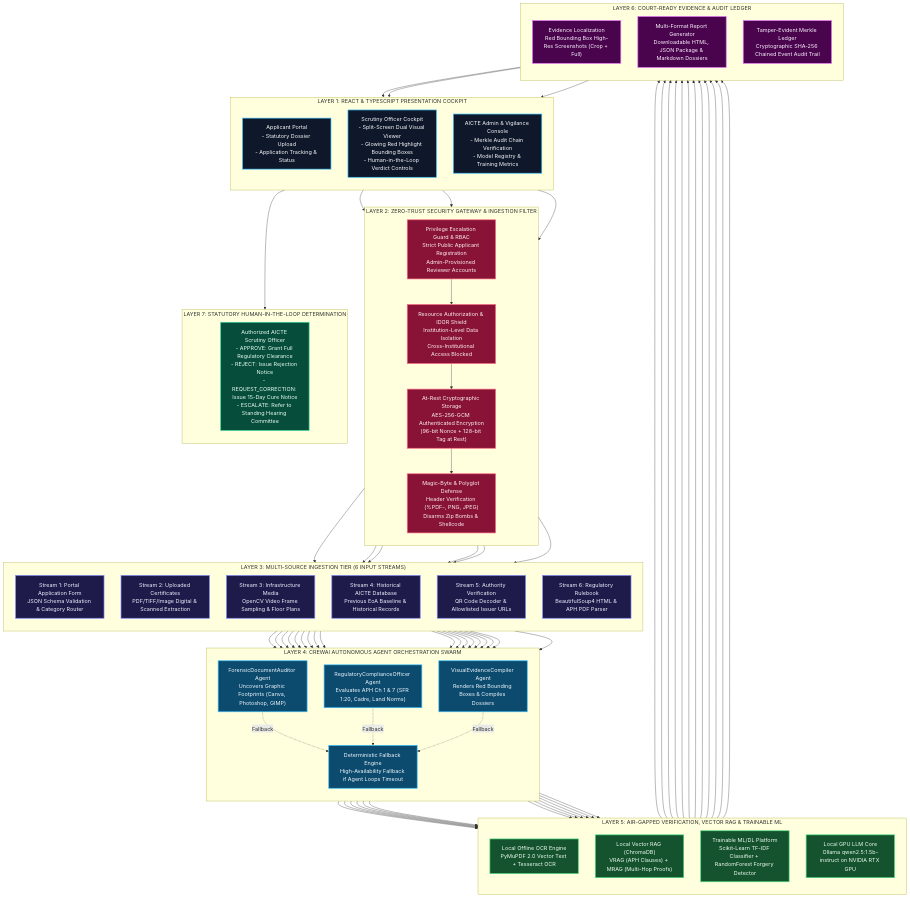
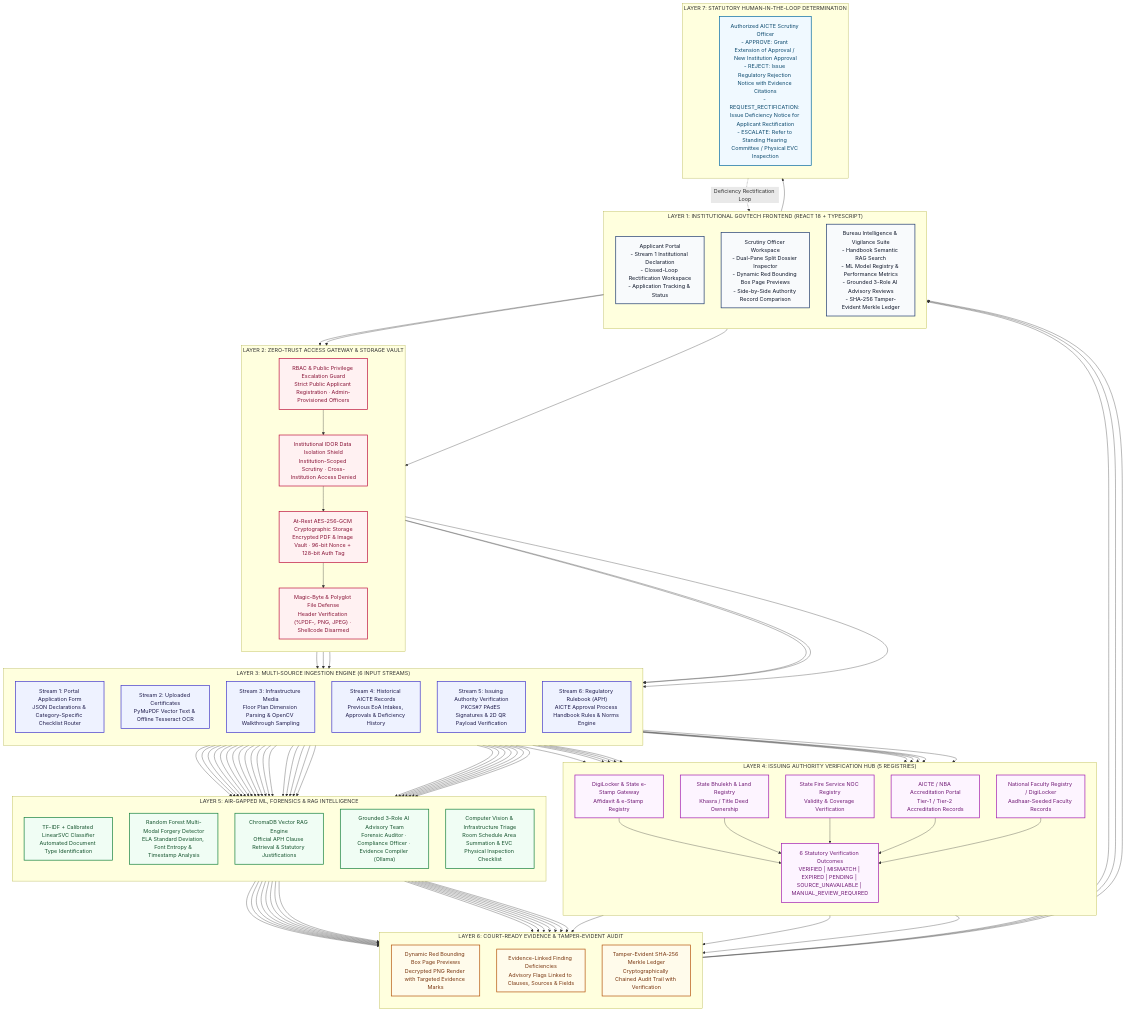
Before and after one commit to ELANGKATHIR11/TRACE-AIML: the diagram in README.md, drawn with Mermaid. The commit also changed other lines of this file and 47 other files, not shown here.

Commit message:
feat: 100% SIH26261 alignment - human-crafted GovTech frontend, issuing authority hub, golden dossiers, and updated system architecture

````diff
--- a/README.md
+++ b/README.md
@@ -36,82 +42,85 @@
 ```mermaid
 graph TB
     %% STYLING DIRECTIVES
-    classDef clientLayer fill:#0F172A,stroke:#38BDF8,stroke-width:2px,color:#F8FAFC;
-    classDef securityLayer fill:#881337,stroke:#FB7185,stroke-width:2px,color:#FFF1F2;
-    classDef streamLayer fill:#1E1B4B,stroke:#818CF8,stroke-width:2px,color:#EEF2FF;
-    classDef agentLayer fill:#0C4A6E,stroke:#38BDF8,stroke-width:2px,color:#F0F9FF;
-    classDef coreEngine fill:#14532D,stroke:#4ADE80,stroke-width:2px,color:#F0FDF4;
-    classDef evidenceLayer fill:#4A044E,stroke:#E879F9,stroke-width:2px,color:#FDF4FF;
-    classDef decisionLayer fill:#064E3B,stroke:#34D399,stroke-width:2px,color:#ECFDF5;
+    classDef clientLayer fill:#F8FAFC,stroke:#1F3A6E,stroke-width:2px,color:#0F172A;
+    classDef securityLayer fill:#FFF1F2,stroke:#BE123C,stroke-width:2px,color:#881337;
+    classDef streamLayer fill:#EEF2FF,stroke:#4338CA,stroke-width:2px,color:#1E1B4B;
+    classDef authorityLayer fill:#FDF4FF,stroke:#A21CAF,stroke-width:2px,color:#701A75;
+    classDef aiMlLayer fill:#F0FDF4,stroke:#15803D,stroke-width:2px,color:#14532D;
+    classDef ledgerLayer fill:#FFFBEB,stroke:#B45309,stroke-width:2px,color:#78350F;
+    classDef decisionLayer fill:#F0F9FF,stroke:#0369A1,stroke-width:2px,color:#0C4A6E;
 
     %% LAYER 1: CLIENT PRESENTATION TIER
-    subgraph L1 ["LAYER 1: REACT & TYPESCRIPT PRESENTATION COCKPIT"]
+    subgraph L1 ["LAYER 1: INSTITUTIONAL GOVTECH FRONTEND (REACT 18 + TYPESCRIPT)"]
         direction TB
-        C1["Applicant Portal<br/>- Statutory Dossier Upload<br/>- Application Tracking & Status"]:::clientLayer
-        C2["Scrutiny Officer Cockpit<br/>- Split-Screen Dual Visual Viewer<br/>- Glowing Red Highlight Bounding Boxes<br/>- Human-in-the-Loop Verdict Controls"]:::clientLayer
-        C3["AICTE Admin & Vigilance Console<br/>- Merkle Audit Chain Verification<br/>- Model Registry & Training Metrics"]:::clientLayer
+        C1["Applicant Portal<br/>- Stream 1 Institutional Declaration<br/>- Closed-Loop Rectification Workspace<br/>- Application Tracking & Status"]:::clientLayer
+        C2["Scrutiny Officer Workspace<br/>- Dual-Pane Split Dossier Inspector<br/>- Dynamic Red Bounding Box Page Previews<br/>- Side-by-Side Authority Record Comparison"]:::clientLayer
+        C3["Bureau Intelligence & Vigilance Suite<br/>- Handbook Semantic RAG Search<br/>- ML Model Registry & Performance Metrics<br/>- Grounded 3-Role AI Advisory Reviews<br/>- SHA-256 Tamper-Evident Merkle Ledger"]:::clientLayer
     end
 
     %% LAYER 2: SECURITY & ZERO-TRUST GATEWAY
-    subgraph L2 ["LAYER 2: ZERO-TRUST SECURITY GATEWAY & INGESTION FILTER"]
+    subgraph L2 ["LAYER 2: ZERO-TRUST ACCESS GATEWAY & STORAGE VAULT"]
         direction TB
-        S1["Privilege Escalation Guard & RBAC<br/>Strict Public Applicant Registration<br/>Admin-Provisioned Reviewer Accounts"]:::securityLayer
-        S2["Resource Authorization & IDOR Shield<br/>Institution-Level Data Isolation<br/>Cross-Institutional Access Blocked"]:::securityLayer
-        S3["At-Rest Cryptographic Storage<br/>AES-256-GCM Authenticated Encryption<br/>(96-bit Nonce + 128-bit Tag at Rest)"]:::securityLayer
-        S4["Magic-Byte & Polyglot Defense<br/>Header Verification (%PDF-, PNG, JPEG)<br/>Disarms Zip Bombs & Shellcode"]:::securityLayer
+        S1["RBAC & Public Privilege Escalation Guard<br/>Strict Public Applicant Registration · Admin-Provisioned Officers"]:::securityLayer
+        S2["Institutional IDOR Data Isolation Shield<br/>Institution-Scoped Scrutiny · Cross-Institution Access Denied"]:::securityLayer
+        S3["At-Rest AES-256-GCM Cryptographic Storage<br/>Encrypted PDF & Image Vault · 96-bit Nonce + 128-bit Auth Tag"]:::securityLayer
+        S4["Magic-Byte & Polyglot File Defense<br/>Header Verification (%PDF-, PNG, JPEG) · Shellcode Disarmed"]:::securityLayer
     end
 
-    %% LAYER 3: SIX INPUT STREAMS INGESTION
-    subgraph L3 ["LAYER 3: MULTI-SOURCE INGESTION TIER (6 INPUT STREAMS)"]
+    %% LAYER 3: MULTI-SOURCE INGESTION TIER
+    subgraph L3 ["LAYER 3: MULTI-SOURCE INGESTION ENGINE (6 INPUT STREAMS)"]
         direction TB
-        ST1["Stream 1: Portal Application Form<br/>JSON Schema Validation & Category Router"]:::streamLayer
-        ST2["Stream 2: Uploaded Certificates<br/>PDF/TIFF/Image Digital & Scanned Extraction"]:::streamLayer
-        ST3["Stream 3: Infrastructure Media<br/>OpenCV Video Frame Sampling & Floor Plans"]:::streamLayer
-        ST4["Stream 4: Historical AICTE Database<br/>Previous EoA Baseline & Historical Records"]:::streamLayer
-        ST5["Stream 5: Authority Verification<br/>QR Code Decoder & Allowlisted Issuer URLs"]:::streamLayer
-        ST6["Stream 6: Regulatory Rulebook<br/>BeautifulSoup4 HTML & APH PDF Parser"]:::streamLayer
+        ST1["Stream 1: Portal Application Form<br/>JSON Declarations & Category-Specific Checklist Router"]:::streamLayer
+        ST2["Stream 2: Uploaded Certificates<br/>PyMuPDF Vector Text & Offline Tesseract OCR"]:::streamLayer
+        ST3["Stream 3: Infrastructure Media<br/>Floor Plan Dimension Parsing & OpenCV Walkthrough Sampling"]:::streamLayer
+        ST4["Stream 4: Historical AICTE Records<br/>Previous EoA Intakes, Approvals & Deficiency History"]:::streamLayer
+        ST5["Stream 5: Issuing Authority Verification<br/>PKCS#7 PAdES Signatures & 2D QR Payload Verification"]:::streamLayer
+        ST6["Stream 6: Regulatory Rulebook (APH)<br/>AICTE Approval Process Handbook Rules & Norms Engine"]:::streamLayer
     end
 
-    %% LAYER 4: AUTONOMOUS CREWAI MULTI-AGENT SWARM
-    subgraph L4 ["LAYER 4: CREWAI AUTONOMOUS AGENT ORCHESTRATION SWARM"]
+    %% LAYER 4: MULTI-CHANNEL ISSUING AUTHORITY VERIFICATION HUB
+    subgraph L4 ["LAYER 4: ISSUING AUTHORITY VERIFICATION HUB (5 REGISTRIES)"]
         direction TB
-        AG1["ForensicDocumentAuditor Agent<br/>Uncovers Graphic Footprints (Canva, Photoshop, GIMP)"]:::agentLayer
-        AG2["RegulatoryComplianceOfficer Agent<br/>Evaluates APH Ch 1 & 7 (SFR 1:20, Cadre, Land Norms)"]:::agentLayer
-        AG3["VisualEvidenceCompiler Agent<br/>Renders Red Bounding Boxes & Compiles Dossiers"]:::agentLayer
-        AG4["Deterministic Fallback Engine<br/>High-Availability Fallback if Agent Loops Timeout"]:::agentLayer
+        AH1["DigiLocker & State e-Stamp Gateway<br/>Affidavit & e-Stamp Registry"]:::authorityLayer
+        AH2["State Bhulekh & Land Registry<br/>Khasra / Title Deed Ownership"]:::authorityLayer
+        AH3["State Fire Service NOC Registry<br/>Validity & Coverage Verification"]:::authorityLayer
+        AH4["AICTE / NBA Accreditation Portal<br/>Tier-1 / Tier-2 Accreditation Records"]:::authorityLayer
+        AH5["National Faculty Registry / DigiLocker<br/>Aadhaar-Seeded Faculty Records"]:::authorityLayer
+        AHOUT["6 Statutory Verification Outcomes<br/>VERIFIED | MISMATCH | EXPIRED | PENDING | SOURCE_UNAVAILABLE | MANUAL_REVIEW_REQUIRED"]:::authorityLayer
     end
 
-    %% LAYER 5: AIR-GAPPED VERIFICATION & REPRODUCIBLE ML
-    subgraph L5 ["LAYER 5: AIR-GAPPED VERIFICATION, VECTOR RAG & TRAINABLE ML"]
+    %% LAYER 5: AIR-GAPPED AI, ML & REGULATORY COMPLIANCE SUITE
+    subgraph L5 ["LAYER 5: AIR-GAPPED ML, FORENSICS & RAG INTELLIGENCE"]
         direction TB
-        M1["Local Offline OCR Engine<br/>PyMuPDF 2.0 Vector Text + Tesseract OCR"]:::coreEngine
-        M2["Local Vector RAG (ChromaDB)<br/>VRAG (APH Clauses) + MRAG (Multi-Hop Proofs)"]:::coreEngine
-        M3["Trainable ML/DL Platform<br/>Scikit-Learn TF-IDF Classifier + RandomForest Forgery Detector"]:::coreEngine
-        M4["Local GPU LLM Core<br/>Ollama qwen2.5:1.5b-instruct on NVIDIA RTX GPU"]:::coreEngine
+        ML1["TF-IDF + Calibrated LinearSVC Classifier<br/>Automated Document Type Identification"]:::aiMlLayer
+        ML2["Random Forest Multi-Modal Forgery Detector<br/>ELA Standard Deviation, Font Entropy & Timestamp Analysis"]:::aiMlLayer
+        ML3["ChromaDB Vector RAG Engine<br/>Official APH Clause Retrieval & Statutory Justifications"]:::aiMlLayer
+        ML4["Grounded 3-Role AI Advisory Team<br/>Forensic Auditor · Compliance Officer · Evidence Compiler (Ollama)"]:::aiMlLayer
+        ML5["Computer Vision & Infrastructure Triage<br/>Room Schedule Area Summation & EVC Physical Inspection Checklist"]:::aiMlLayer
     end
 
     %% LAYER 6: COURT-READY EVIDENCE & AUDIT LEDGER
-    subgraph L6 ["LAYER 6: COURT-READY EVIDENCE & AUDIT LEDGER"]
+    subgraph L6 ["LAYER 6: COURT-READY EVIDENCE & TAMPER-EVIDENT AUDIT"]
         direction TB
-        E1["Evidence Localization<br/>Red Bounding Box High-Res Screenshots (Crop + Full)"]:::evidenceLayer
-        E2["Multi-Format Report Generator<br/>Downloadable HTML, JSON Package & Markdown Dossiers"]:::evidenceLayer
-        E3["Tamper-Evident Merkle Ledger<br/>Cryptographic SHA-256 Chained Event Audit Trail"]:::evidenceLayer
+        E1["Dynamic Red Bounding Box Page Previews<br/>Decrypted PNG Render with Targeted Evidence Marks"]:::ledgerLayer
+        E2["Evidence-Linked Finding Deficiencies<br/>Advisory Flags Linked to Clauses, Sources & Fields"]:::ledgerLayer
+        E3["Tamper-Evident SHA-256 Merkle Ledger<br/>Cryptographically Chained Audit Trail with Verification"]:::ledgerLayer
     end
 
-    %% LAYER 7: STATUTORY DECISION LAYER
+    %% LAYER 7: STATUTORY HUMAN-IN-THE-LOOP DETERMINATION
     subgraph L7 ["LAYER 7: STATUTORY HUMAN-IN-THE-LOOP DETERMINATION"]
         direction TB
-        DEC["Authorized AICTE Scrutiny Officer<br/>- APPROVE: Grant Full Regulatory Clearance<br/>- REJECT: Issue Rejection Notice<br/>- REQUEST_CORRECTION: Issue 15-Day Cure Notice<br/>- ESCALATE: Refer to Standing Hearing Committee"]:::decisionLayer
+        DEC["Authorized AICTE Scrutiny Officer<br/>- APPROVE: Grant Extension of Approval / New Institution Approval<br/>- REJECT: Issue Regulatory Rejection Notice with Evidence Citations<br/>- REQUEST_RECTIFICATION: Issue Deficiency Notice for Applicant Rectification<br/>- ESCALATE: Refer to Standing Hearing Committee / Physical EVC Inspection"]:::decisionLayer
     end
 
-    %% PIPELINE CONNECTIONS
+    %% CONNECTIVITY FLOW
     C1 & C2 & C3 --> S1
     S1 --> S2 --> S3 --> S4
     S4 --> ST1 & ST2 & ST3 & ST4 & ST5 & ST6
-    ST1 & ST2 & ST3 & ST4 & ST5 & ST6 --> AG1 & AG2 & AG3
-    AG1 & AG2 & AG3 -. Fallback .-> AG4
-    AG1 & AG2 & AG3 --> M1 & M2 & M3 & M4
-    M1 & M2 & M3 & M4 --> E1 & E2 & E3
+    ST2 & ST5 --> AH1 & AH2 & AH3 & AH4 & AH5 --> AHOUT
+    ST1 & ST2 & ST3 & ST4 & ST6 --> ML1 & ML2 & ML3 & ML4 & ML5
+    AHOUT & ML1 & ML2 & ML3 & ML4 & ML5 --> E1 & E2 & E3
     E1 & E2 & E3 --> C2
     C2 --> DEC
+    DEC -. Deficiency Rectification Loop .-> C1
 ```
````
